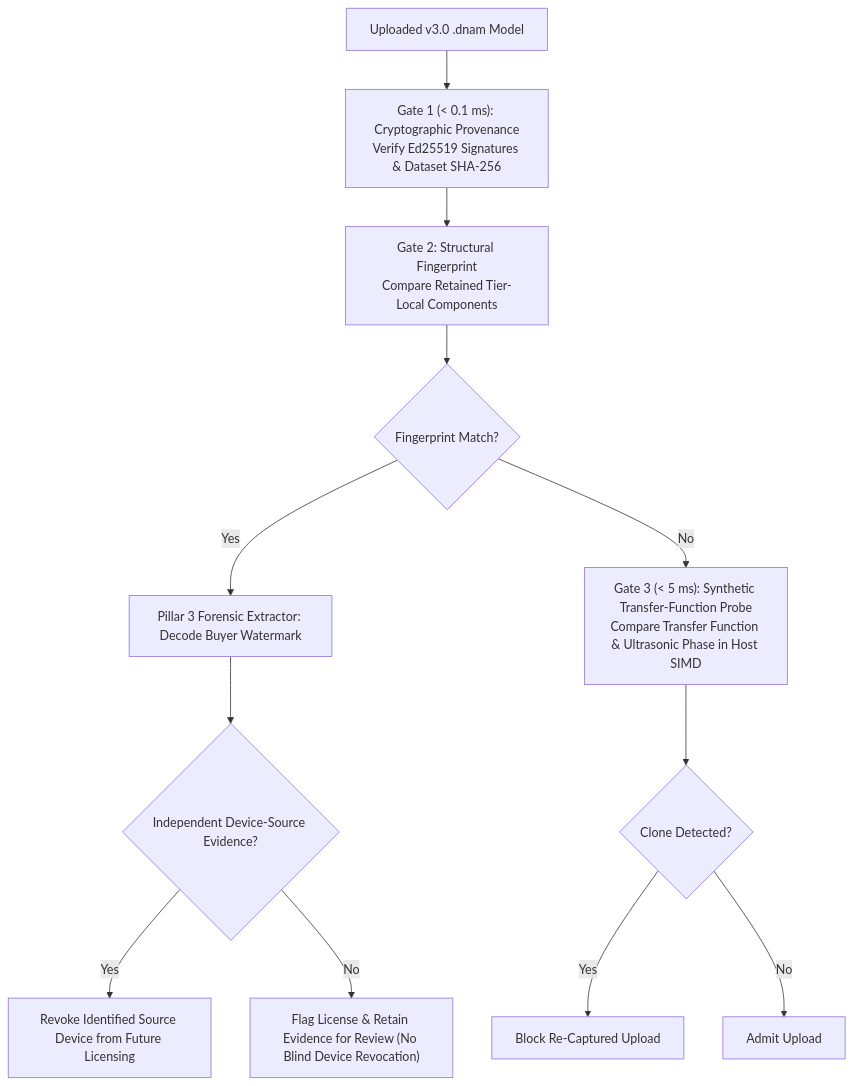
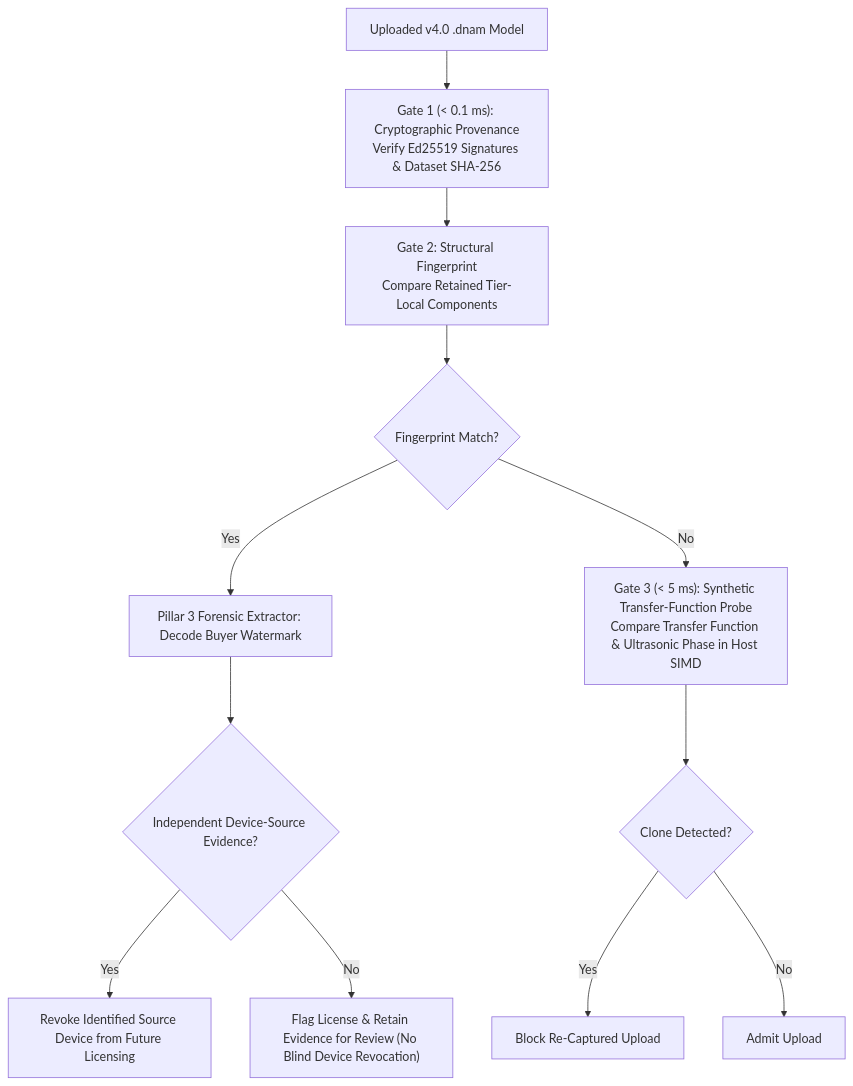
Before and after one commit to mokugen/dnam: the first of 3 diagrams in docs/specs/security/watermarking_and_marketplace.md, drawn with Mermaid. The commit also changed other lines of this file and 16 other files, not shown here.

````diff
--- a/docs/specs/security/watermarking_and_marketplace.md
+++ b/docs/specs/security/watermarking_and_marketplace.md
@@ -208,14 +207,14 @@
 ```mermaid
 flowchart TD
-    Upload["Uploaded v3.0 .dnam Model"] --> Gate1["Gate 1 (< 0.1 ms): Cryptographic Provenance<br/>Verify Ed25519 Signatures & Dataset SHA-256"]
+    Upload["Uploaded v4.0 .dnam Model"] --> Gate1["Gate 1 (< 0.1 ms): Cryptographic Provenance<br/>Verify Ed25519 Signatures & Dataset SHA-256"]
     Gate1 --> Gate2["Gate 2: Structural Fingerprint<br/>Compare Retained Tier-Local Components"]
     Gate2 --> Match{"Fingerprint Match?"}
     Match -- "Yes" --> Trace["Pillar 3 Forensic Extractor: Decode Buyer Watermark"]
     Trace --> Evid{"Independent Device-Source Evidence?"}
     Evid -- "Yes" --> Revoke["Revoke Identified Source Device from Future Licensing"]
     Evid -- "No" --> Hold["Flag License & Retain Evidence for Review (No Blind Device Revocation)"]
     Match -- "No" --> Gate3["Gate 3 (< 5 ms): Synthetic Transfer-Function Probe<br/>Compare Transfer Function & Ultrasonic Phase in Host SIMD"]
     Gate3 --> Clone{"Clone Detected?"}
     Clone -- "Yes" --> Block["Block Re-Captured Upload"]
     Clone -- "No" --> Pass["Admit Upload"]
 ```
````
